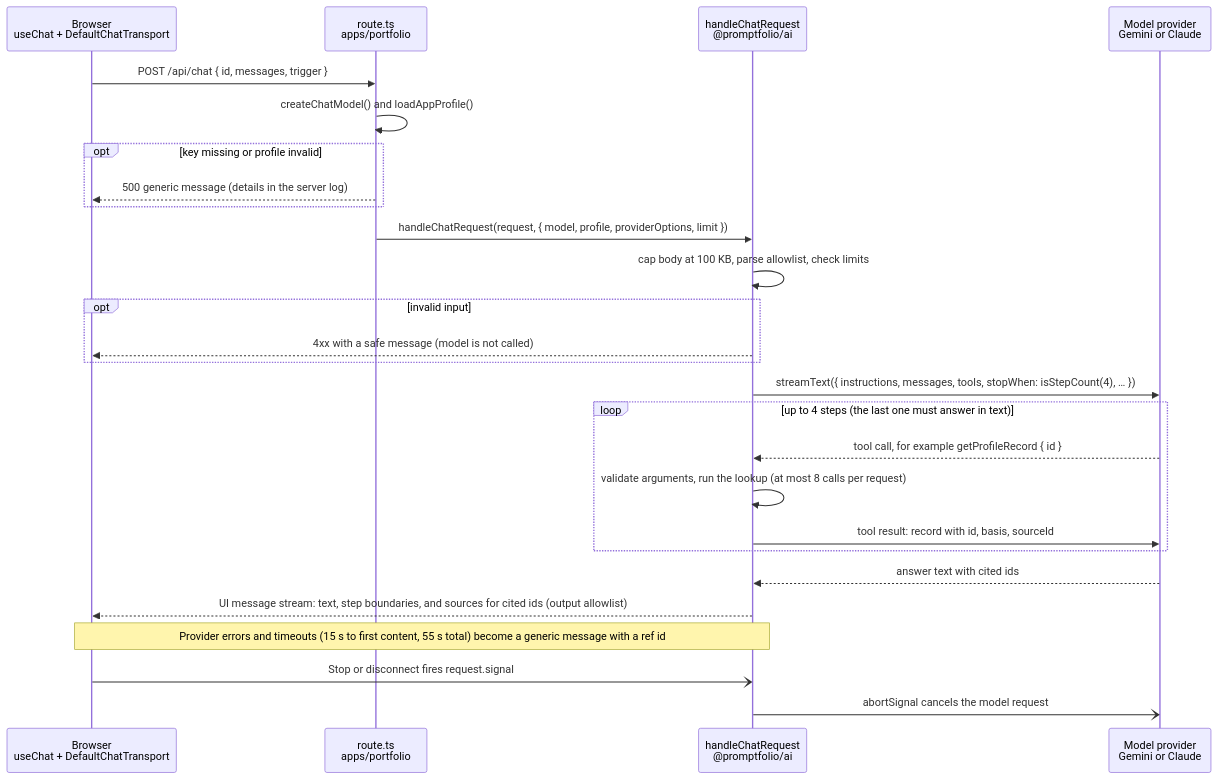
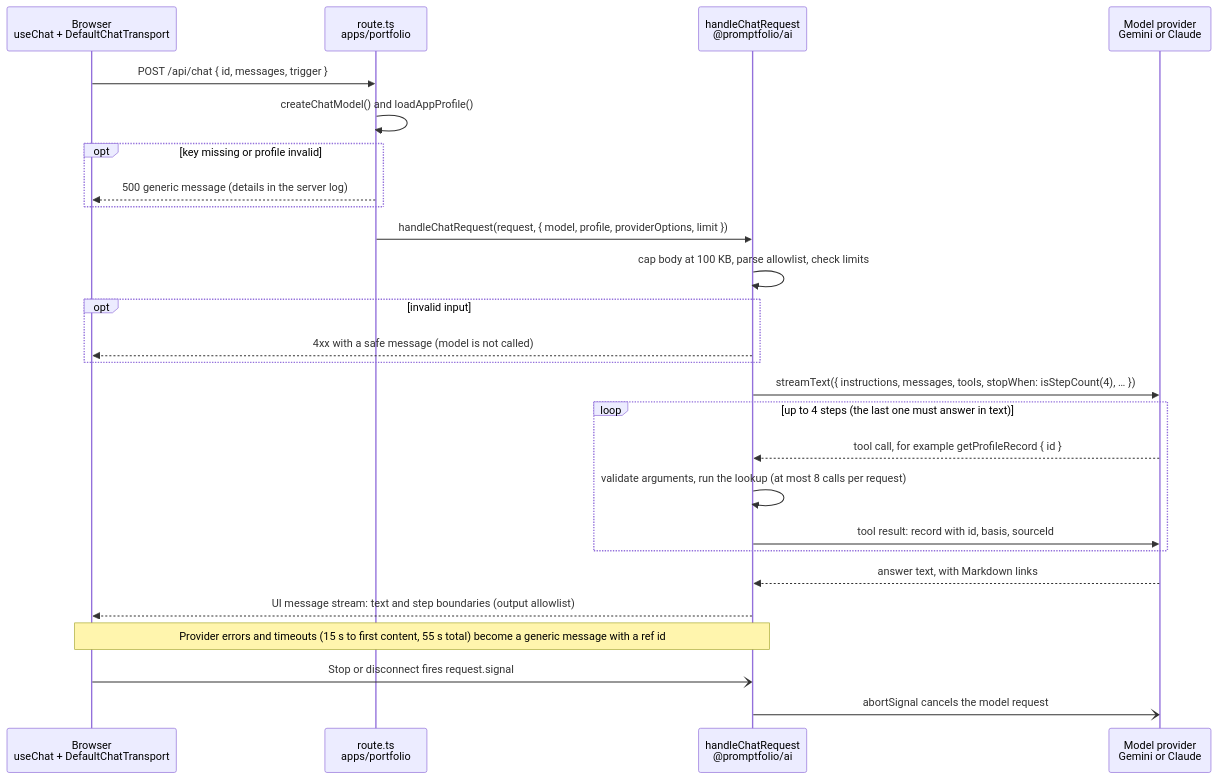
One commit to promptfolios/promptfolio changed the second of 7 diagrams in docs/ARCHITECTURE.md. Above: the diagram before and after it, drawn with Mermaid. The commit also changed other lines of this file and 204 other files, not shown here.

````diff
--- a/docs/ARCHITECTURE.md
+++ b/docs/ARCHITECTURE.md
@@ -137,29 +136,29 @@
 ```mermaid
 sequenceDiagram
     participant B as Browser<br/>useChat + DefaultChatTransport
     participant R as route.ts<br/>apps/portfolio
     participant H as handleChatRequest<br/>@promptfolio/ai
     participant P as Model provider<br/>Gemini or Claude
 
     B->>R: POST /api/chat { id, messages, trigger }
     R->>R: createChatModel() and loadAppProfile()
     opt key missing or profile invalid
         R-->>B: 500 generic message (details in the server log)
     end
     R->>H: handleChatRequest(request, { model, profile, providerOptions, limit })
     H->>H: cap body at 100 KB, parse allowlist, check limits
     opt invalid input
         H-->>B: 4xx with a safe message (model is not called)
     end
     H->>P: streamText({ instructions, messages, tools, stopWhen: isStepCount(4), … })
     loop up to 4 steps (the last one must answer in text)
         P-->>H: tool call, for example getProfileRecord { id }
         H->>H: validate arguments, run the lookup (at most 8 calls per request)
         H->>P: tool result: record with id, basis, sourceId
     end
-    P-->>H: answer text with cited ids
-    H-->>B: UI message stream: text, step boundaries, and sources for cited ids (output allowlist)
+    P-->>H: answer text, with Markdown links
+    H-->>B: UI message stream: text and step boundaries (output allowlist)
     Note over B,H: Provider errors and timeouts (15 s to first content, 55 s total) become a generic message with a ref id
     B-)H: Stop or disconnect fires request.signal
     H-)P: abortSignal cancels the model request
 ```
````
